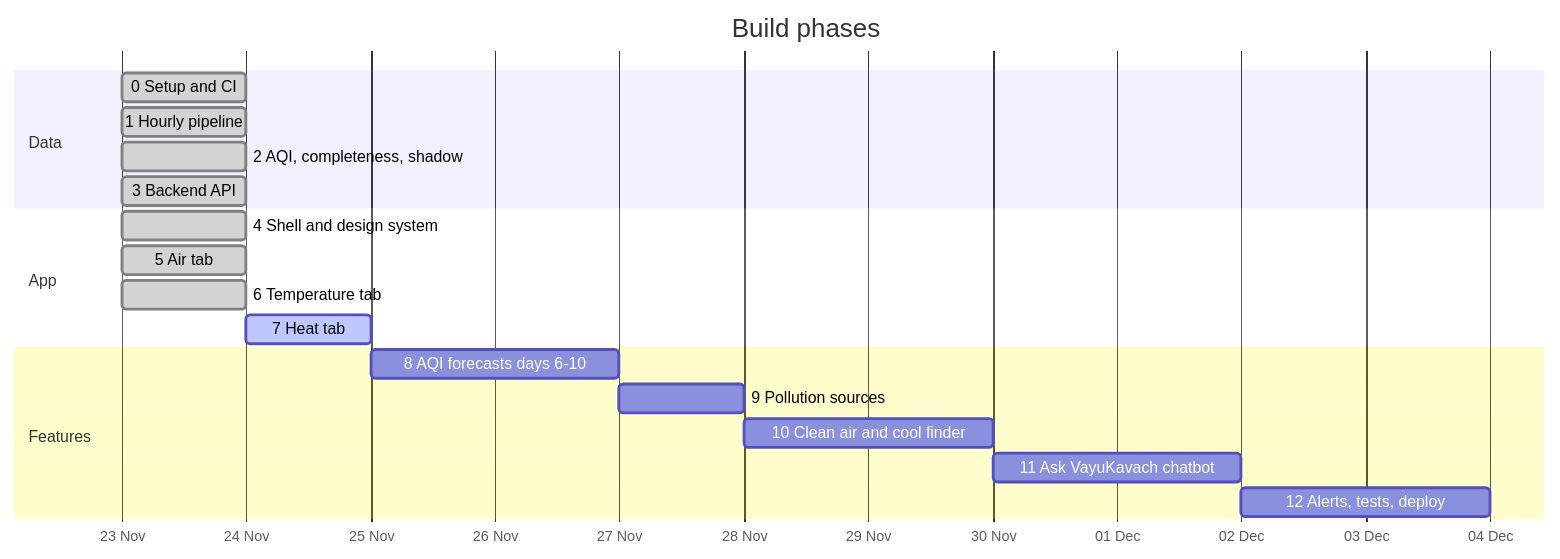
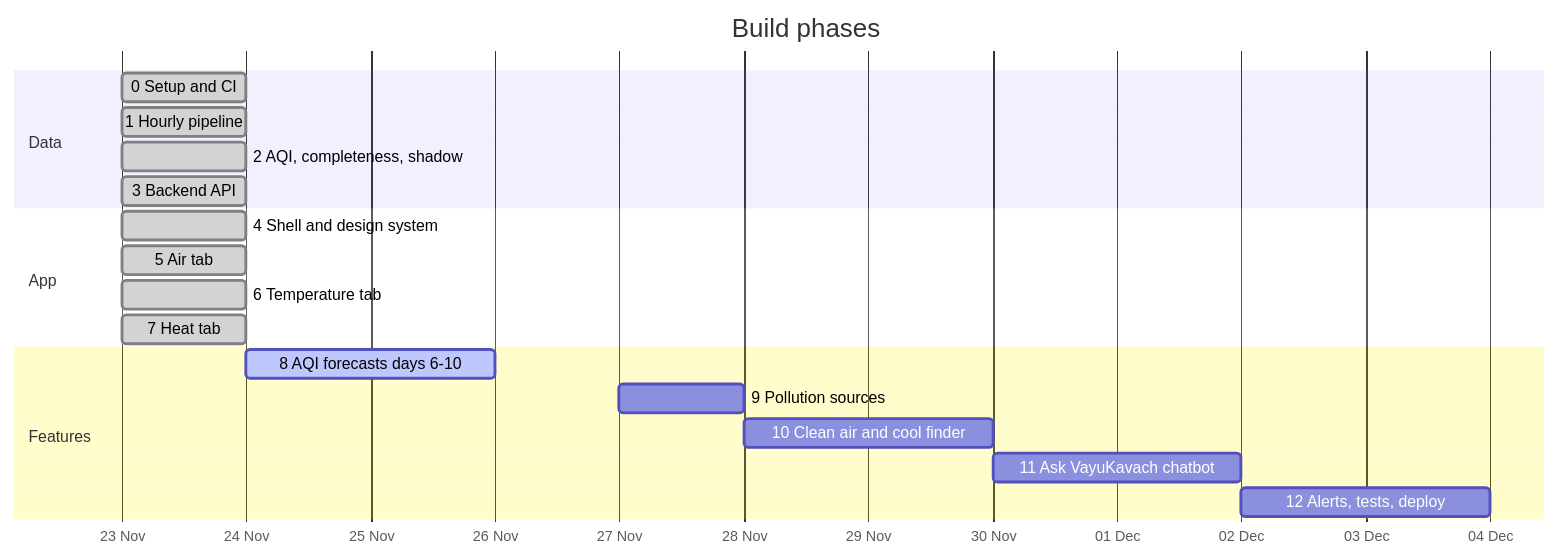
The sixth of 6 diagrams in README.md (tanaygit0530/Vayukavach), drawn with Mermaid before and after one commit. The commit also changed other lines of this file and 13 other files, not shown here.

Commit message:
Phase 7: Heat tab (level-driven animated gradient, dot-matrix feels-like, safe-work day arc, hourly strip, 10-day heat forecast, heat stress, UV, NDMA tips); contrast-tested theme, safe-window consistency tests

````diff
--- a/README.md
+++ b/README.md
@@ -294,22 +300,22 @@
 ```mermaid
 gantt
   title Build phases
   dateFormat YYYY-MM-DD
   axisFormat %d %b
   section Data
   0 Setup and CI                 :done, 2026-11-23, 1d
   1 Hourly pipeline              :done, 2026-11-23, 1d
   2 AQI, completeness, shadow    :done, 2026-11-23, 1d
   3 Backend API                  :done, 2026-11-23, 1d
   section App
   4 Shell and design system      :done, 2026-11-23, 1d
   5 Air tab                      :done, 2026-11-23, 1d
   6 Temperature tab              :done, 2026-11-23, 1d
-  7 Heat tab                     :active, 2026-11-24, 1d
+  7 Heat tab                     :done, 2026-11-23, 1d
   section Features
-  8 AQI forecasts days 6-10      :2026-11-25, 2d
+  8 AQI forecasts days 6-10      :active, 2026-11-24, 2d
   9 Pollution sources            :2026-11-27, 1d
   10 Clean air and cool finder   :2026-11-28, 2d
   11 Ask VayuKavach chatbot      :2026-11-30, 2d
   12 Alerts, tests, deploy       :2026-12-02, 2d
 ```
````
